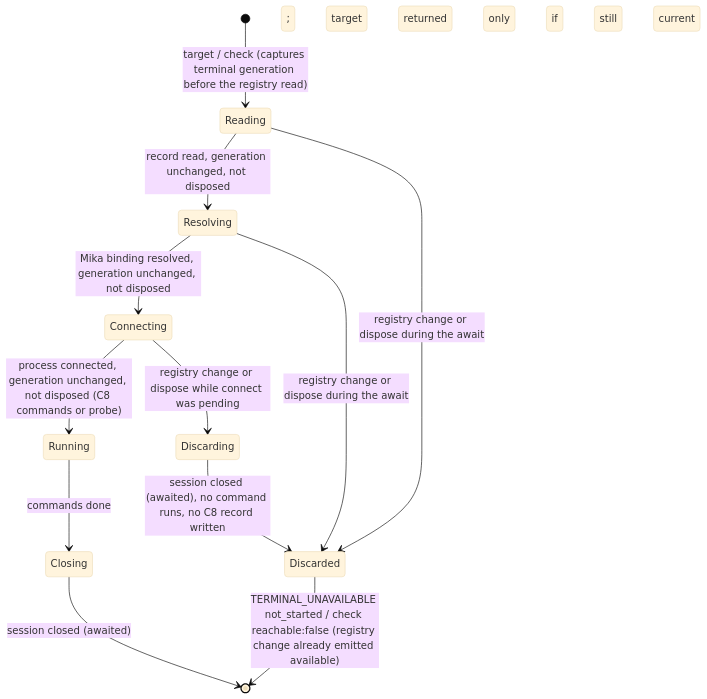
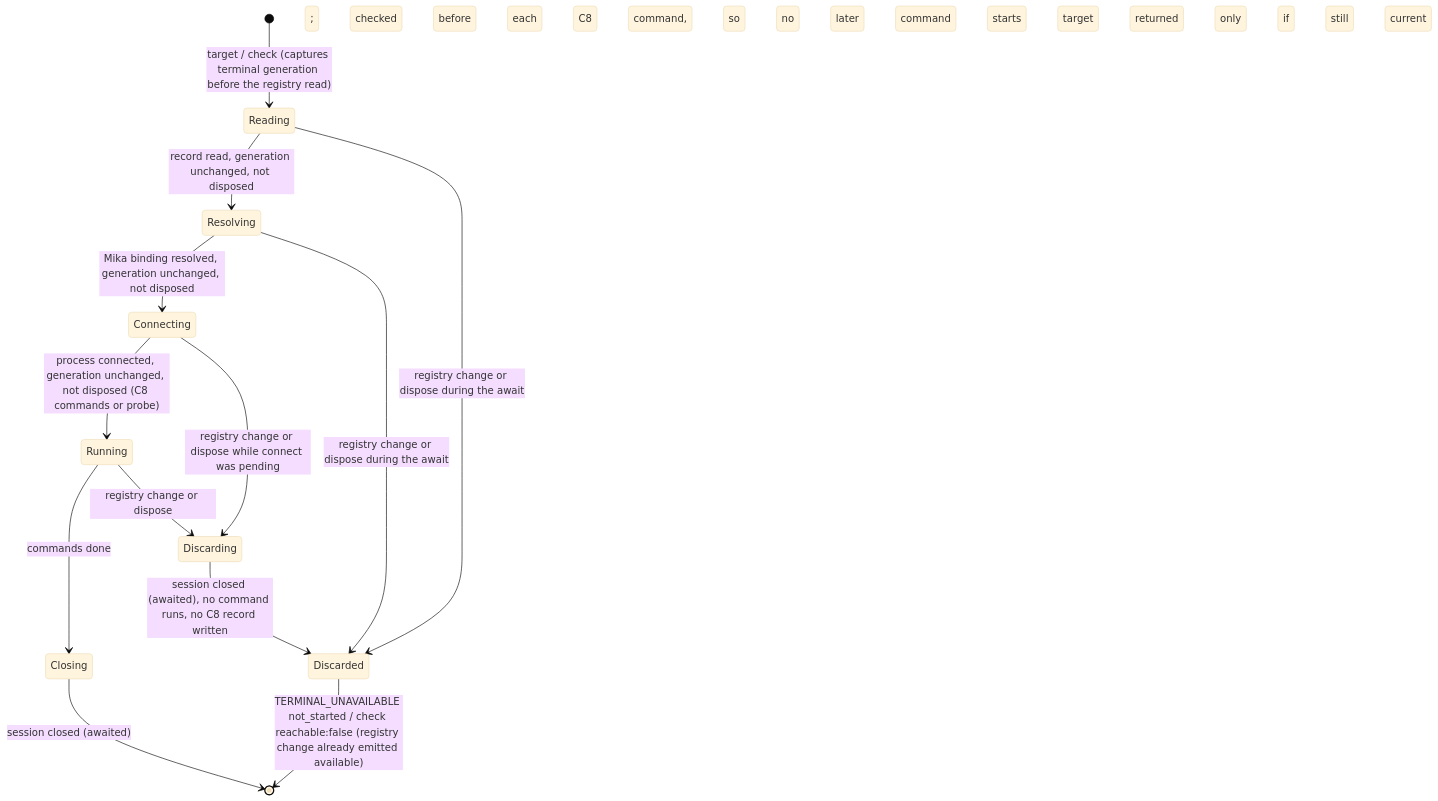
The fourth of 4 diagrams in docs/architecture/modules/terminals/README.md (kitepon/BellTeam), drawn with Mermaid (base theme) before and after one commit. The commit also changed 2 other files, not shown here.

Commit message:
fix(terminals): recheck after the target read and before each C8 command

````diff
--- a/docs/architecture/modules/terminals/README.md
+++ b/docs/architecture/modules/terminals/README.md
@@ -192,14 +192,15 @@
 ```mermaid
 stateDiagram-v2
   [*] --> Reading: target / check (captures terminal generation before the registry read)
   Reading --> Resolving: record read, generation unchanged, not disposed
   Resolving --> Connecting: Mika binding resolved, generation unchanged, not disposed
   Connecting --> Running: process connected, generation unchanged, not disposed (C8 commands or probe)
   Running --> Closing: commands done
+  Running --> Discarding: registry change or dispose; checked before each C8 command, so no later command starts
   Reading --> Discarded: registry change or dispose during the await
   Resolving --> Discarded: registry change or dispose during the await
   Connecting --> Discarding: registry change or dispose while connect was pending
   Discarding --> Discarded: session closed (awaited), no command runs, no C8 record written
   Closing --> [*]: session closed (awaited); target returned only if still current
   Discarded --> [*]: TERMINAL_UNAVAILABLE not_started / check reachable:false (registry change already emitted available)
 ```
````
